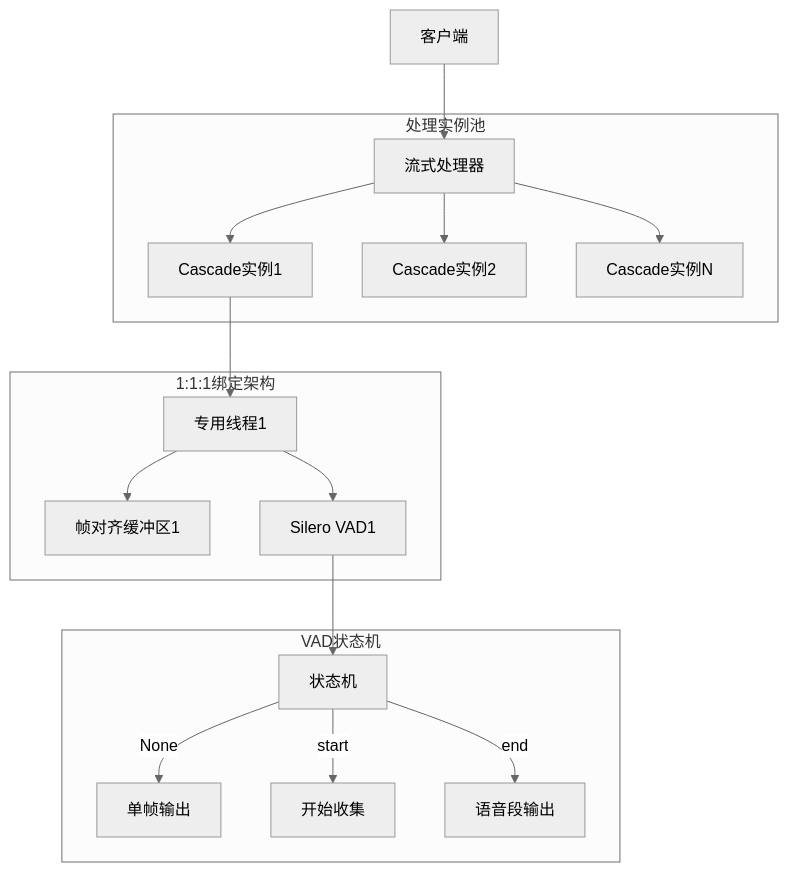
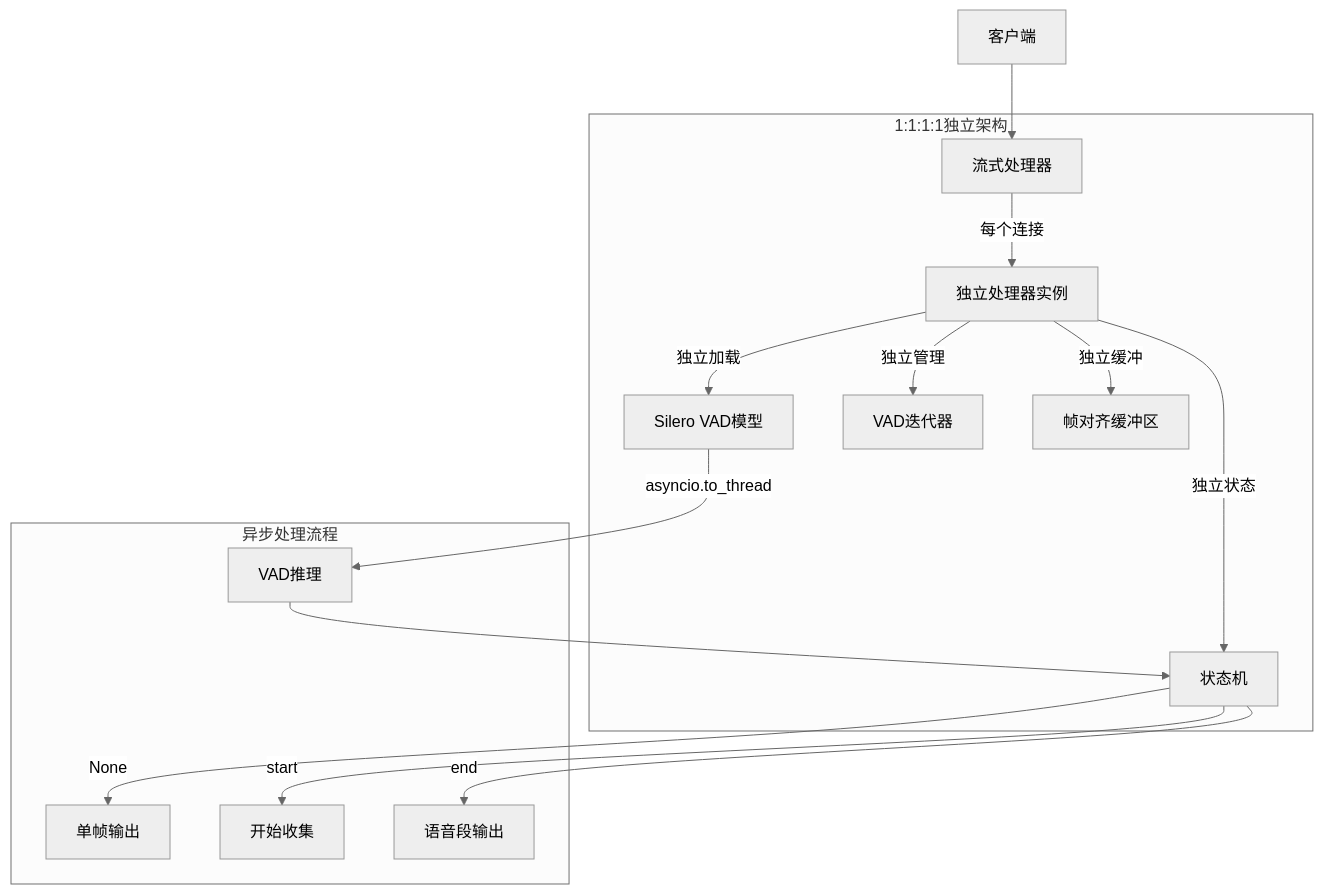
The first of 2 diagrams in README_zh.md (xucailiang/cascade), drawn with Mermaid (neutral theme) before and after one commit. The commit also changed other lines of this file and 13 other files, not shown here.

````diff
--- a/README_zh.md
+++ b/README_zh.md
@@ -57,23 +73,20 @@
 ```mermaid
 graph TD
     Client[客户端] --> StreamProcessor[流式处理器]
     
-    subgraph "处理实例池"
-        StreamProcessor --> Instance1[Cascade实例1]
-        StreamProcessor --> Instance2[Cascade实例2]
-        StreamProcessor --> InstanceN[Cascade实例N]
+    subgraph "1:1:1:1独立架构"
+        StreamProcessor --> |每个连接| IndependentProcessor[独立处理器实例]
+        IndependentProcessor --> |独立加载| VADModel[Silero VAD模型]
+        IndependentProcessor --> |独立管理| VADIterator[VAD迭代器]
+        IndependentProcessor --> |独立缓冲| FrameBuffer[帧对齐缓冲区]
+        IndependentProcessor --> |独立状态| StateMachine[状态机]
     end
     
-    subgraph "1:1:1绑定架构"
-        Instance1 --> Thread1[专用线程1]
-        Thread1 --> Buffer1[帧对齐缓冲区1]
-        Thread1 --> VAD1[Silero VAD1]
-    end
-    
-    subgraph "VAD状态机"
-        VAD1 --> StateMachine[状态机]
+    subgraph "异步处理流程"
+        VADModel --> |asyncio.to_thread| VADInference[VAD推理]
+        VADInference --> StateMachine
         StateMachine --> |None| SingleFrame[单帧输出]
         StateMachine --> |start| Collecting[开始收集]
         StateMachine --> |end| SpeechSegment[语音段输出]
     end
 ```
````
